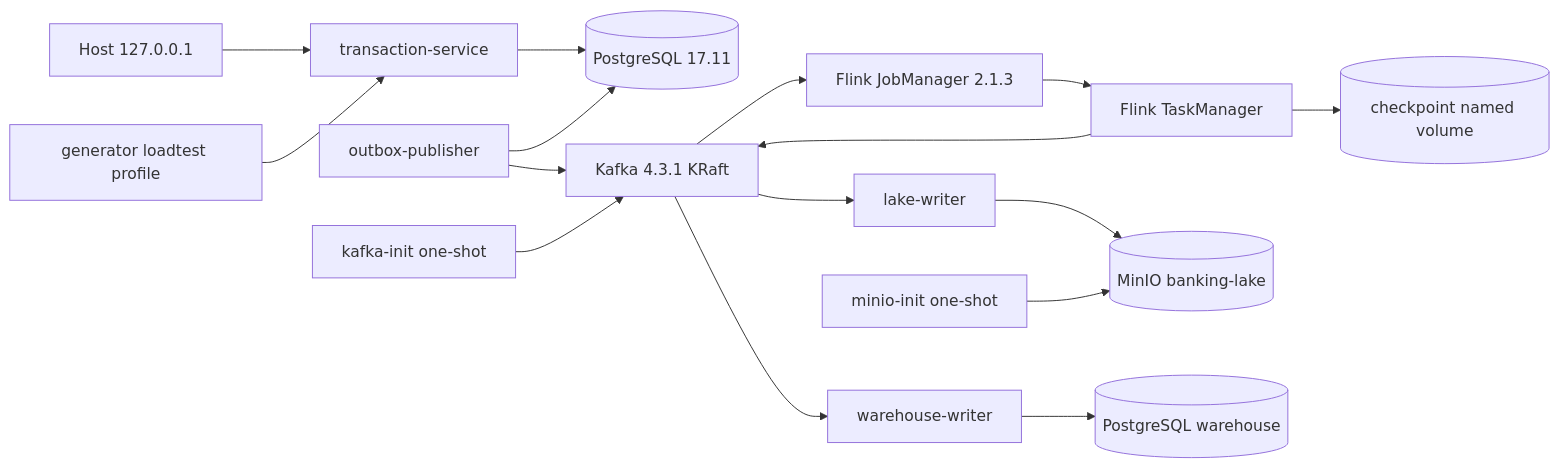
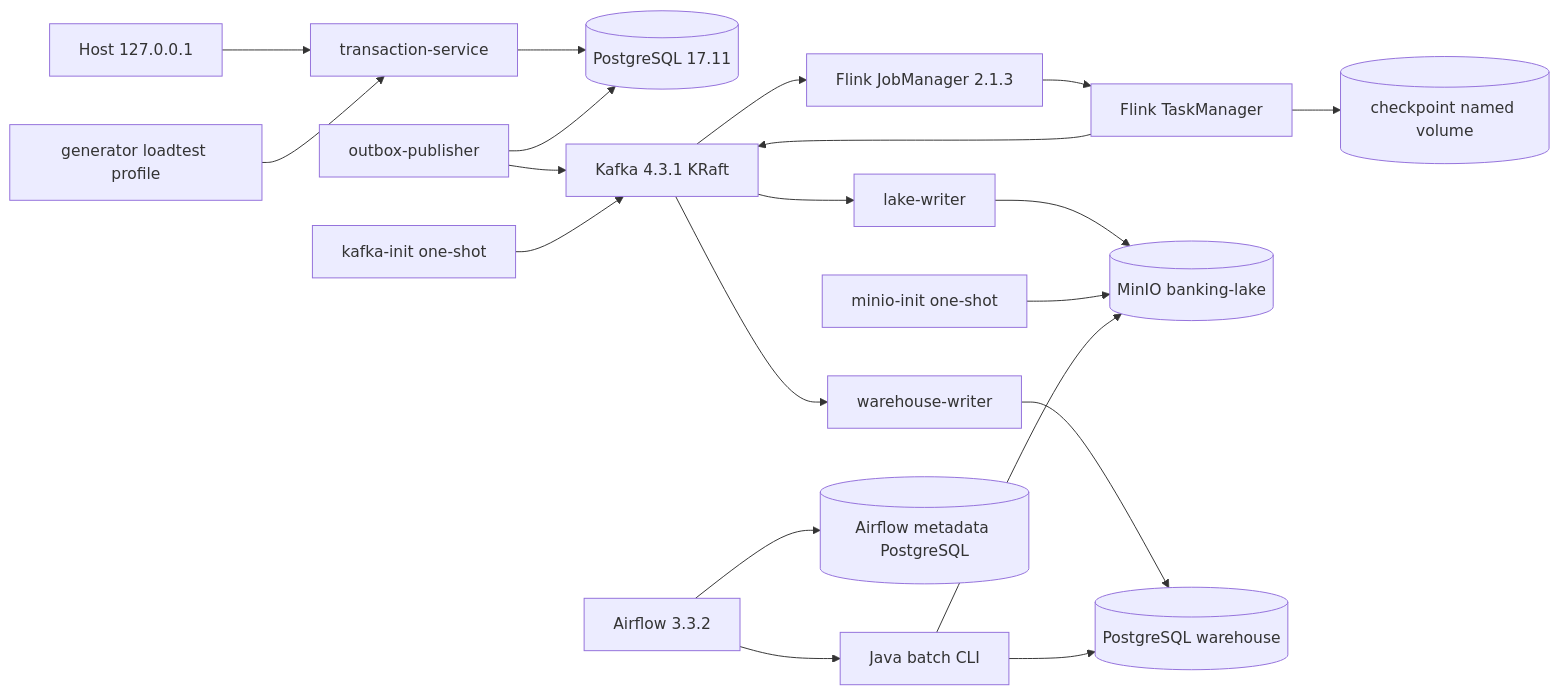
Before and after one commit to hquan07/java-banking-data-platform: the third of 3 diagrams in docs/architecture.md, drawn with Mermaid. The commit also changed other lines of this file and 40 other files, not shown here.

Commit message:
feat(phase8): add Java batch and Airflow orchestration

````diff
--- a/docs/architecture.md
+++ b/docs/architecture.md
@@ -72,18 +72,22 @@
 ```mermaid
 flowchart LR
     HOST[Host 127.0.0.1] --> API[transaction-service]
     API --> PG[(PostgreSQL 17.11)]
     PUB[outbox-publisher] --> PG
     PUB --> K[Kafka 4.3.1 KRaft]
     INIT[kafka-init one-shot] --> K
     GEN[generator loadtest profile] --> API
     K --> JM[Flink JobManager 2.1.3]
     JM --> TM[Flink TaskManager]
     TM --> K
     TM --> CP[(checkpoint named volume)]
     K --> LW[lake-writer]
     LW --> M[(MinIO banking-lake)]
     MI[minio-init one-shot] --> M
     K --> WW[warehouse-writer]
     WW --> WH[(PostgreSQL warehouse)]
+    AF[Airflow 3.3.2] --> BP[Java batch CLI]
+    AF --> ADB[(Airflow metadata PostgreSQL)]
+    BP --> WH
+    BP --> M
 ```
````
